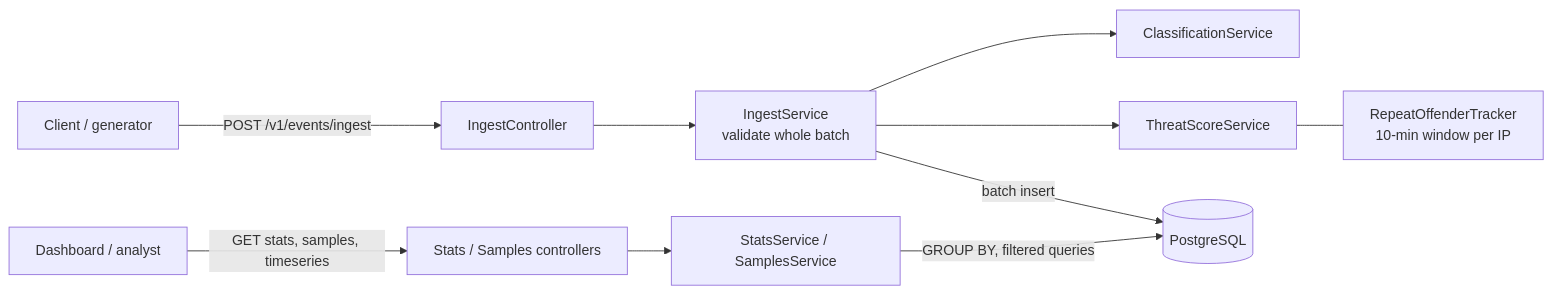
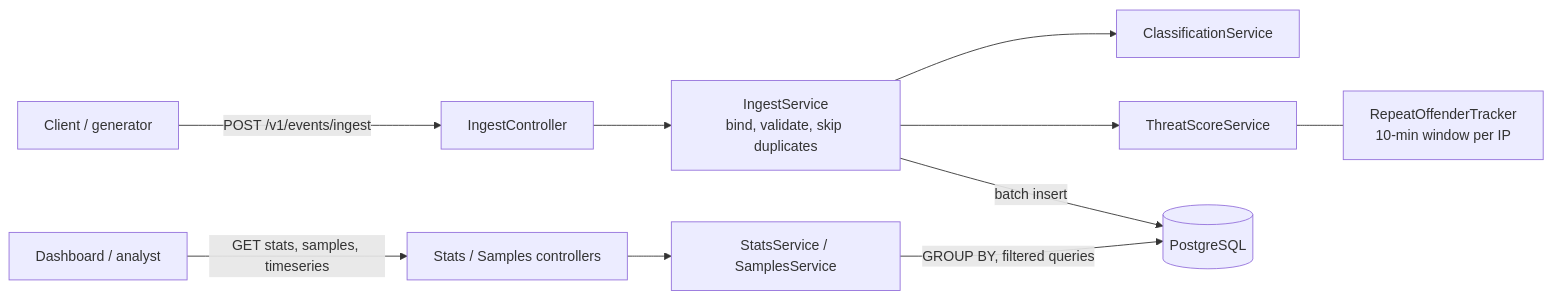
Before and after one commit to waseemh/mini-wsa: the diagram in README.md, drawn with Mermaid. The commit also changed other lines of this file, not shown here.

````diff
--- a/README.md
+++ b/README.md
@@ -207,12 +236,12 @@
 ```mermaid
 flowchart LR
     C[Client / generator] -->|POST /v1/events/ingest| IC[IngestController]
-    IC --> IS[IngestService<br/>validate whole batch]
+    IC --> IS[IngestService<br/>bind, validate, skip duplicates]
     IS --> CL[ClassificationService]
     IS --> TS[ThreatScoreService]
     TS --- RO[RepeatOffenderTracker<br/>10-min window per IP]
     IS -->|batch insert| DB[(PostgreSQL)]
     A[Dashboard / analyst] -->|GET stats, samples, timeseries| QC[Stats / Samples controllers]
     QC --> QS[StatsService / SamplesService]
     QS -->|GROUP BY, filtered queries| DB
 ```
````
